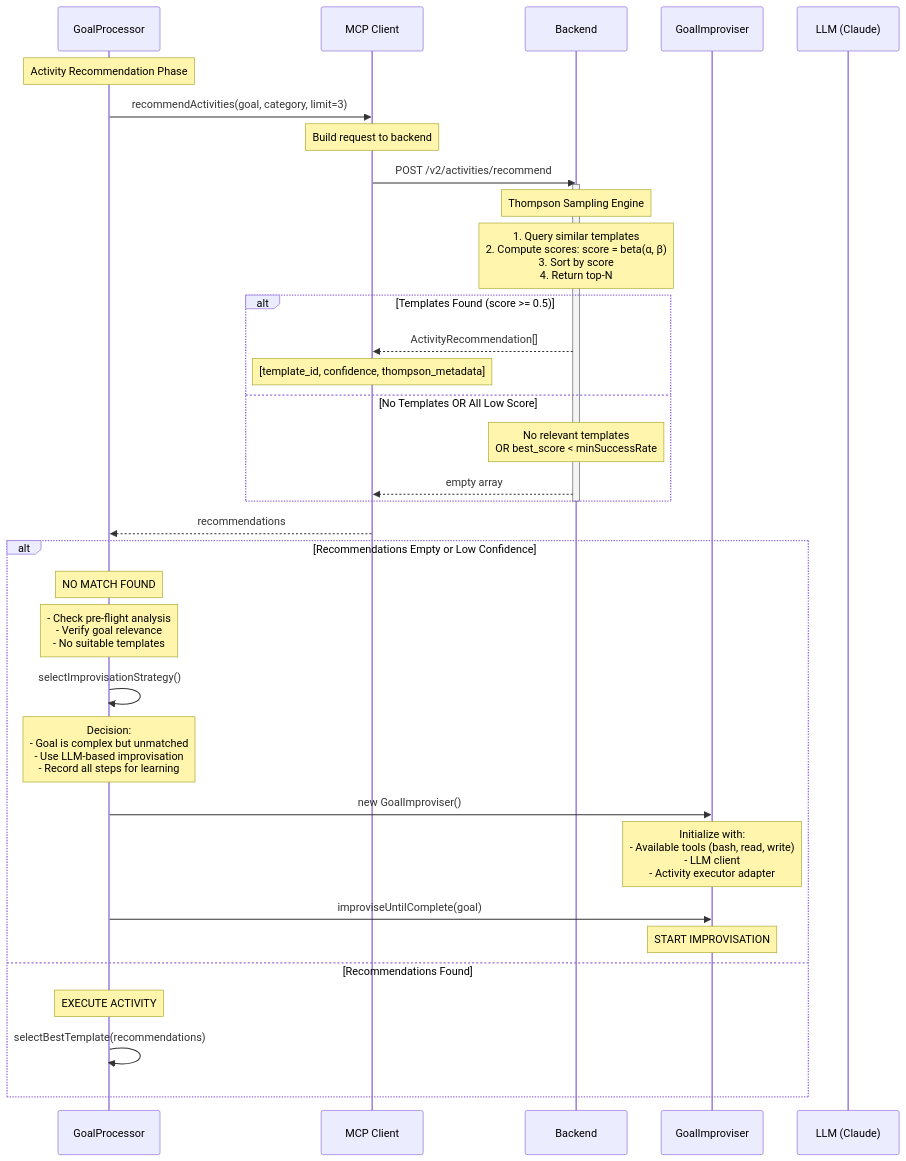
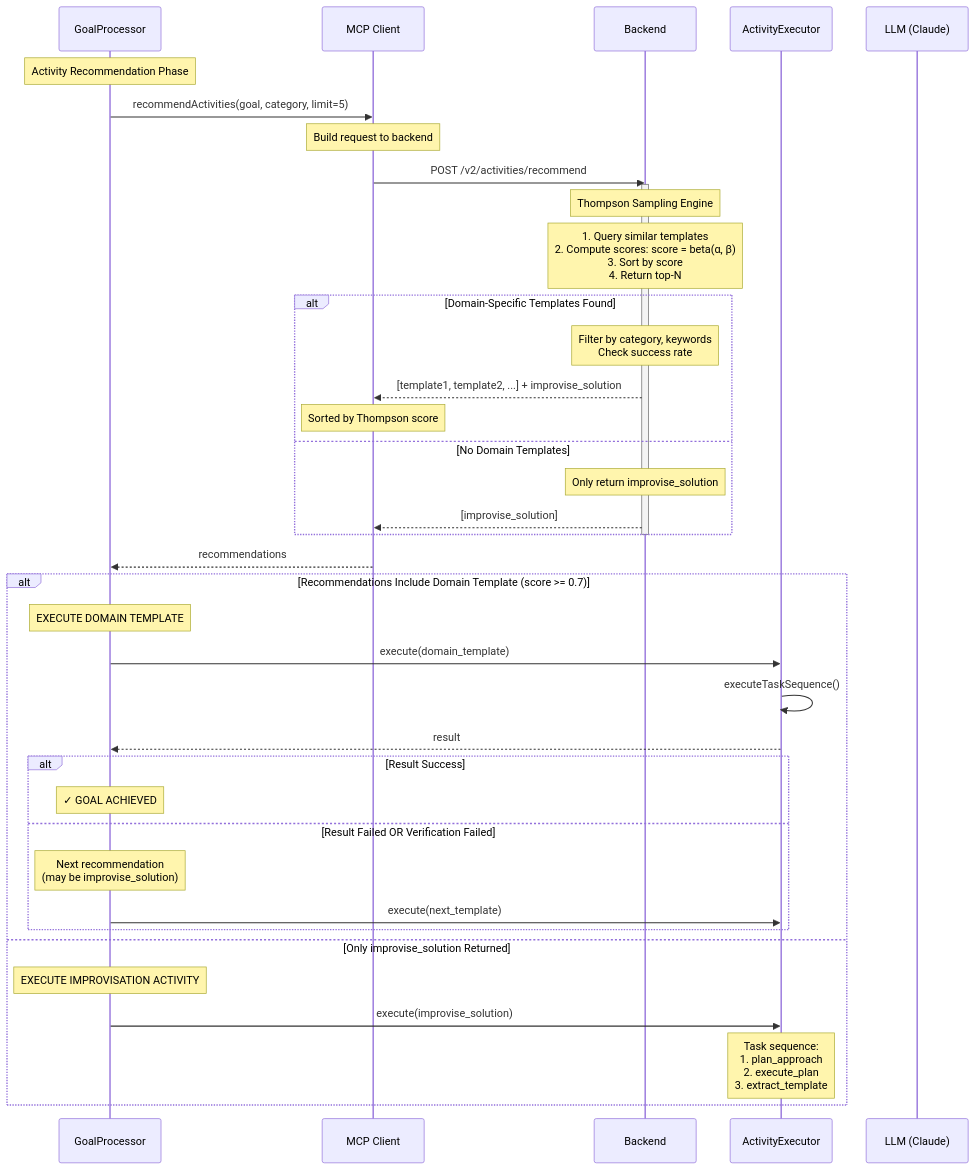
One commit to AviGopal/substrate changed the second of 8 diagrams in docs/architecture/sequences/04-improvisation-trailblazing.md. Above: the diagram before and after it, drawn with Mermaid. The commit also changed other lines of this file and 3 other files, not shown here.

First line of the commit message:
docs(architecture): update sequence diagrams for composition-based architecture

````diff
--- a/docs/architecture/sequences/04-improvisation-trailblazing.md
+++ b/docs/architecture/sequences/04-improvisation-trailblazing.md
@@ -79,47 +195,50 @@
 ```mermaid
 sequenceDiagram
     participant GP as GoalProcessor
     participant MCPc as MCP Client
     participant BE as Backend
-    participant Impr as GoalImproviser
+    participant Exec as ActivityExecutor
     participant LLM as LLM (Claude)
 
     Note over GP: Activity Recommendation Phase
 
-    GP->>MCPc: recommendActivities(goal, category, limit=3)
+    GP->>MCPc: recommendActivities(goal, category, limit=5)
     Note over MCPc: Build request to backend
 
     MCPc->>BE: POST /v2/activities/recommend
     activate BE
 
     Note over BE: Thompson Sampling Engine
     Note over BE: 1. Query similar templates<br/>2. Compute scores: score = beta(α, β)<br/>3. Sort by score<br/>4. Return top-N
 
-    alt Templates Found (score >= 0.5)
-        BE-->>MCPc: ActivityRecommendation[]
-        Note over MCPc: [template_id, confidence, thompson_metadata]
-    else No Templates OR All Low Score
-        Note over BE: No relevant templates<br/>OR best_score < minSuccessRate
-        BE-->>MCPc: empty array
+    alt Domain-Specific Templates Found
+        Note over BE: Filter by category, keywords<br/>Check success rate
+        BE-->>MCPc: [template1, template2, ...] + improvise_solution
+        Note over MCPc: Sorted by Thompson score
+    else No Domain Templates
+        Note over BE: Only return improvise_solution
+        BE-->>MCPc: [improvise_solution]
     end
     deactivate BE
 
     MCPc-->>GP: recommendations
 
-    alt Recommendations Empty or Low Confidence
-        Note over GP: NO MATCH FOUND
-        Note over GP: - Check pre-flight analysis<br/>- Verify goal relevance<br/>- No suitable templates
+    alt Recommendations Include Domain Template (score >= 0.7)
+        Note over GP: EXECUTE DOMAIN TEMPLATE
+        GP->>Exec: execute(domain_template)
 
-        GP->>GP: selectImprovisationStrategy()
-        Note over GP: Decision:<br/>- Goal is complex but unmatched<br/>- Use LLM-based improvisation<br/>- Record all steps for learning
+        Exec->>Exec: executeTaskSequence()
+        Exec-->>GP: result
 
-        GP->>Impr: new GoalImproviser()
-        Note over Impr: Initialize with:<br/>- Available tools (bash, read, write)<br/>- LLM client<br/>- Activity executor adapter
-
-        GP->>Impr: improviseUntilComplete(goal)
-        Note over Impr: START IMPROVISATION
-    else Recommendations Found
-        Note over GP: EXECUTE ACTIVITY
-        GP->>GP: selectBestTemplate(recommendations)
+        alt Result Success
+            Note over GP: ✓ GOAL ACHIEVED
+        else Result Failed OR Verification Failed
+            Note over GP: Next recommendation<br/>(may be improvise_solution)
+            GP->>Exec: execute(next_template)
+        end
+    else Only improvise_solution Returned
+        Note over GP: EXECUTE IMPROVISATION ACTIVITY
+        GP->>Exec: execute(improvise_solution)
+        Note over Exec: Task sequence:<br/>1. plan_approach<br/>2. execute_plan<br/>3. extract_template
     end
 ```
````
